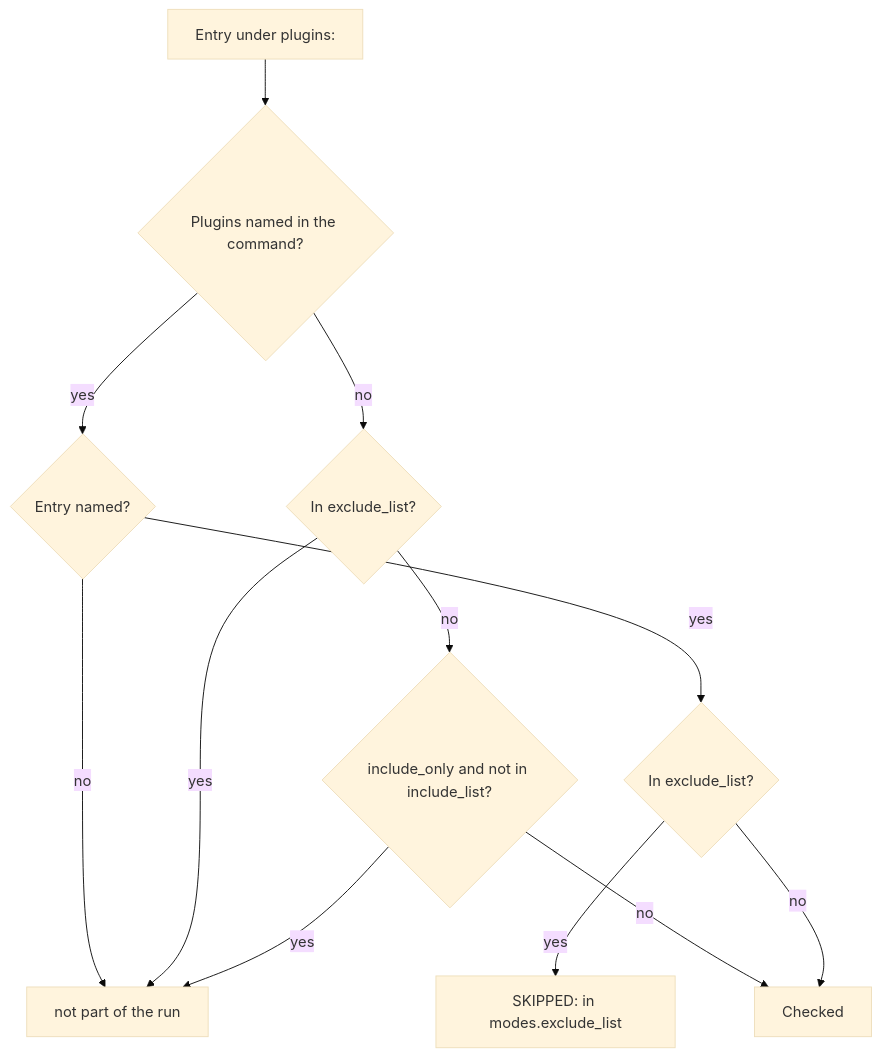
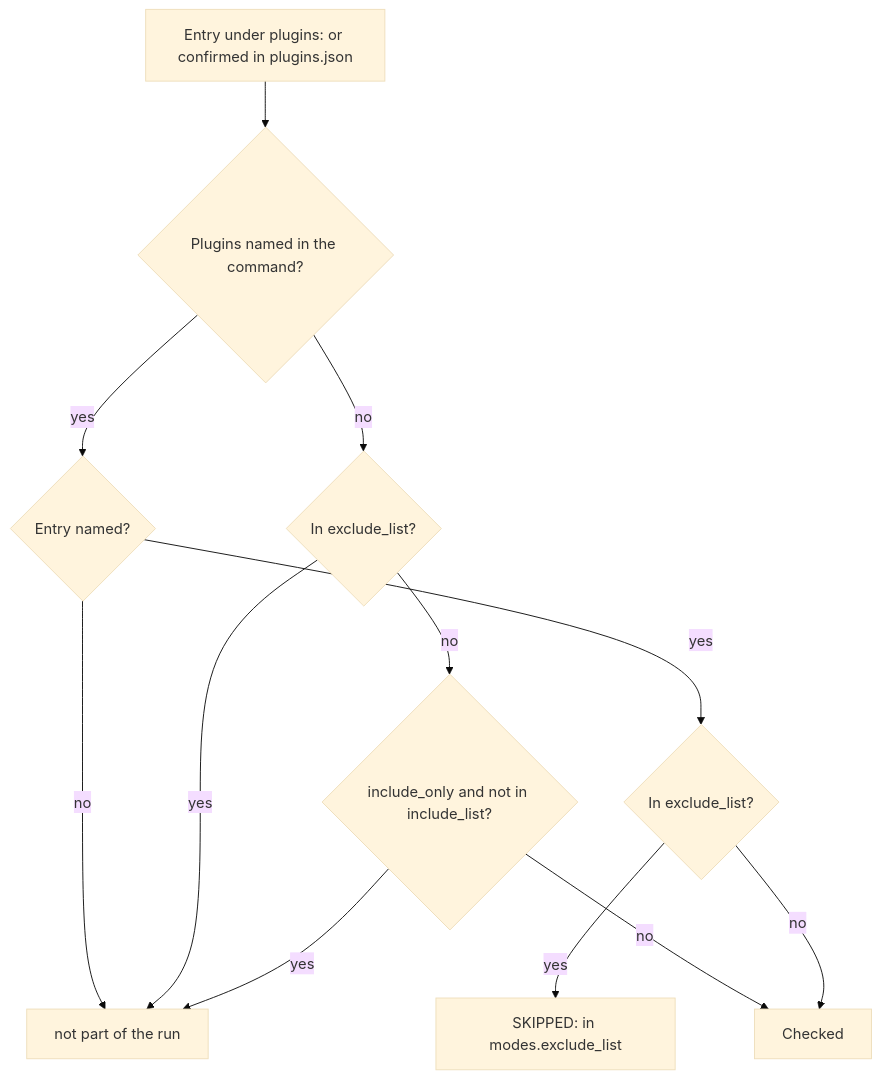
Before and after one commit to Hanafubuki-minecraft/hanafubuki-plugin-updater: the first of 2 diagrams in docs/configuration.md, drawn with Mermaid (base theme). The commit also changed other lines of this file and 11 other files, not shown here.

First line of the commit message:
1.6.0 docs: automatic detection, plugins.json, removed keys, caches

````diff
--- a/docs/configuration.md
+++ b/docs/configuration.md
@@ -537,14 +646,14 @@
 ```mermaid
 flowchart TD
-    A[Entry under plugins:] --> B{Plugins named in the command?}
+    A[Entry under plugins: or confirmed in plugins.json] --> B{Plugins named in the command?}
     B -->|yes| C{Entry named?}
     C -->|no| X[not part of the run]
     C -->|yes| E{In exclude_list?}
     B -->|no| D{In exclude_list?}
     D -->|yes| X
     D -->|no| F{include_only and not in include_list?}
     F -->|yes| X
     F -->|no| G[Checked]
     E -->|yes| S[SKIPPED: in modes.exclude_list]
     E -->|no| G
 ```
````
